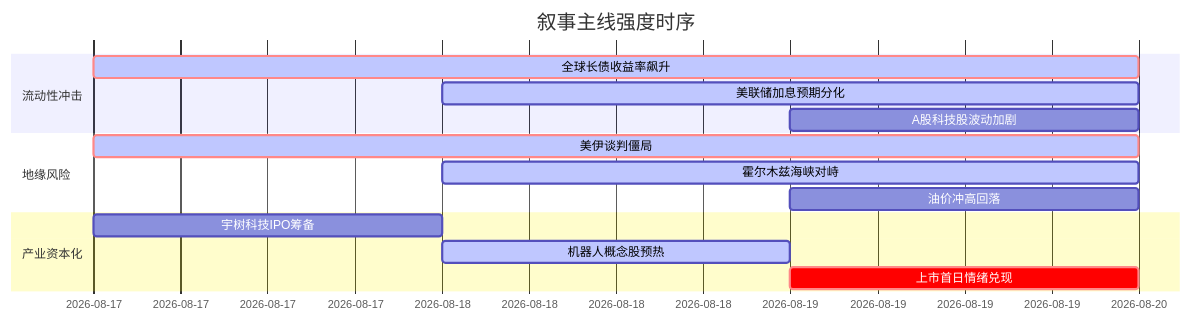
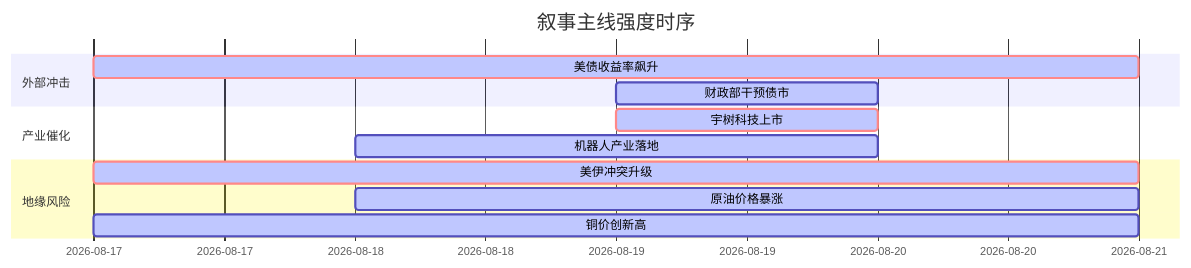
One commit to uu5zn/uu5zn.github.io changed the diagram in 5day_report.md. Above: the diagram before and after it, drawn with Mermaid. The commit also changed other lines of this file and 21 other files, not shown here.

````diff
--- a/5day_report.md
+++ b/5day_report.md
@@ -58,19 +58,17 @@
 ```mermaid
 gantt
     title 叙事主线强度时序
     dateFormat YYYY-MM-DD
-    section 流动性冲击
-    全球长债收益率飙升   :crit, active, 2026-08-17, 3d
-    美联储加息预期分化   :active, 2026-08-18, 2d
-    A股科技股波动加剧   :2026-08-19, 1d
+    section 外部冲击
+    美债收益率飙升   :crit, active, 2026-08-17, 4d
+    财政部干预债市   :active, 2026-08-19, 1d
+    
+    section 产业催化
+    宇树科技上市    :crit, active, 2026-08-19, 1d
+    机器人产业落地  :active, 2026-08-18, 2d
     
     section 地缘风险
-    美伊谈判僵局   :crit, active, 2026-08-17, 3d
-    霍尔木兹海峡对峙   :active, 2026-08-18, 2d
-    油价冲高回落   :2026-08-19, 1d
-    
-    section 产业资本化
-    宇树科技IPO筹备   :2026-08-17, 1d
-    机器人概念股预热   :active, 2026-08-18, 1d
-    上市首日情绪兑现   :crit, 2026-08-19, 1d
+    美伊冲突升级    :crit, active, 2026-08-17, 4d
+    原油价格暴涨    :active, 2026-08-18, 3d
+    铜价创新高      :active, 2026-08-17, 4d
 ```
````
